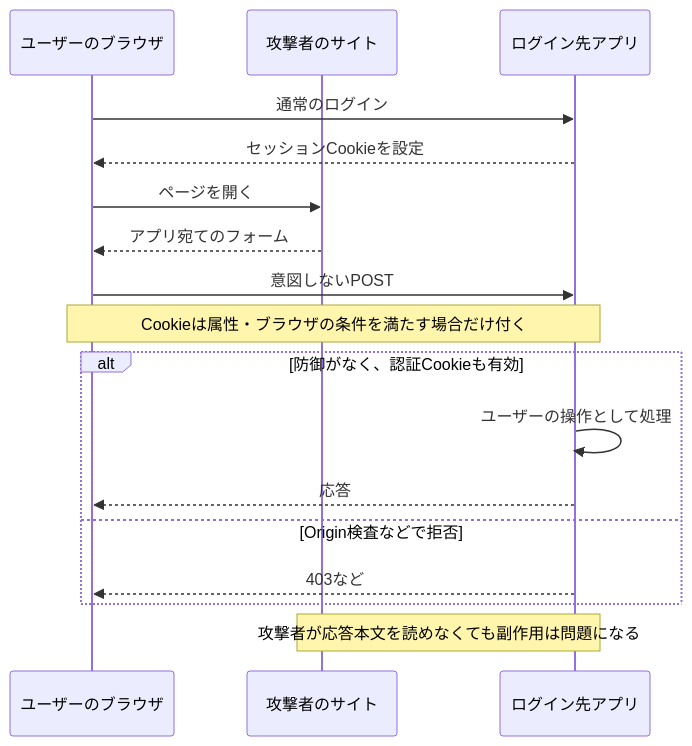
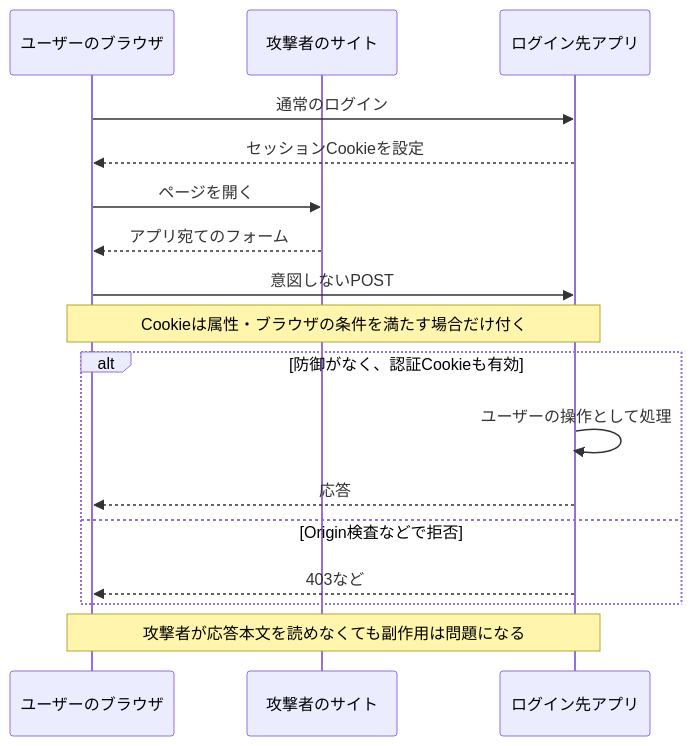
One commit to yuu19/yusuke-blog changed the first of 3 diagrams in articles/sveltekit-csrf-boundaries.md. Above: the diagram before and after it, drawn with Mermaid. The commit also changed other lines of this file, not shown here.

Commit message:
docs: keep diagram notes within their visual spans

````diff
--- a/articles/sveltekit-csrf-boundaries.md
+++ b/articles/sveltekit-csrf-boundaries.md
@@ -39,19 +39,19 @@
 ```mermaid
 sequenceDiagram
     participant U as ユーザーのブラウザ
     participant E as 攻撃者のサイト
     participant A as ログイン先アプリ
     U->>A: 通常のログイン
     A-->>U: セッションCookieを設定
     U->>E: ページを開く
     E-->>U: アプリ宛てのフォーム
     U->>A: 意図しないPOST
     Note over U,A: Cookieは属性・ブラウザの条件を満たす場合だけ付く
     alt 防御がなく、認証Cookieも有効
         A->>A: ユーザーの操作として処理
         A-->>U: 応答
     else Origin検査などで拒否
         A-->>U: 403など
     end
-    Note over E,A: 攻撃者が応答本文を読めなくても副作用は問題になる
+    Note over U,A: 攻撃者が応答本文を読めなくても副作用は問題になる
 ```
````
